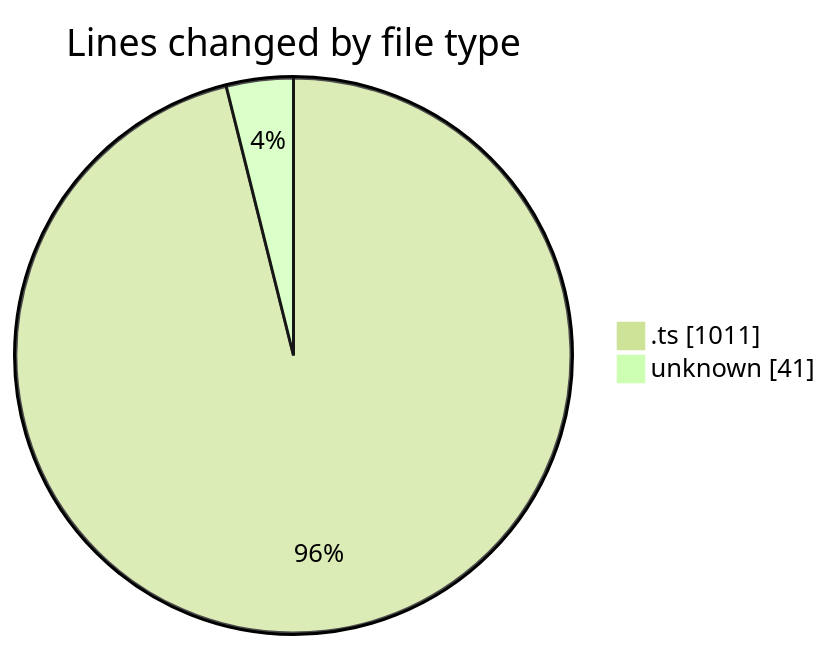
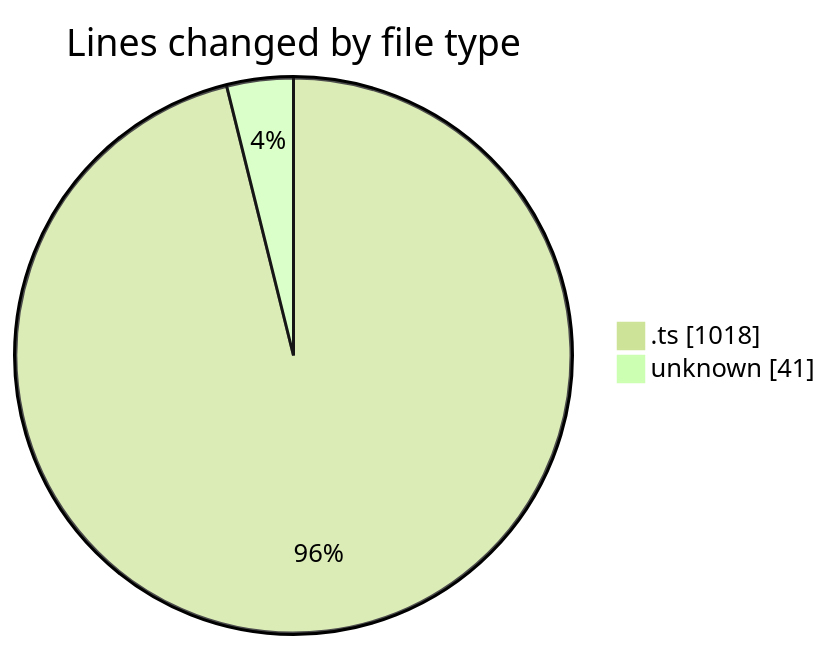
One commit to momahboobian/code-tracking changed the first of 2 diagrams in 2025-08-11/cda/README.md. Above: the diagram before and after it, drawn with Mermaid (forest theme). The commit also changed other lines of this file and 1 other file, not shown here.

````diff
--- a/2025-08-11/cda/README.md
+++ b/2025-08-11/cda/README.md
@@ -23,6 +23,6 @@
 ```mermaid
 pie showData
 title Lines changed by file type
-".ts" : 1011
+".ts" : 1018
 "unknown" : 41
 ```
````
